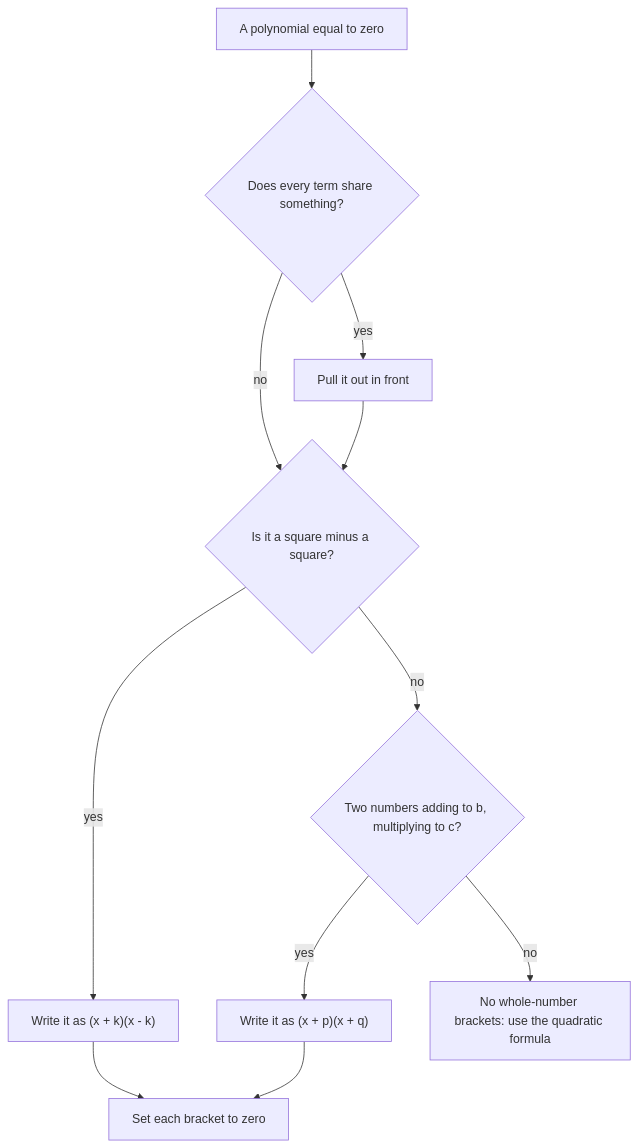
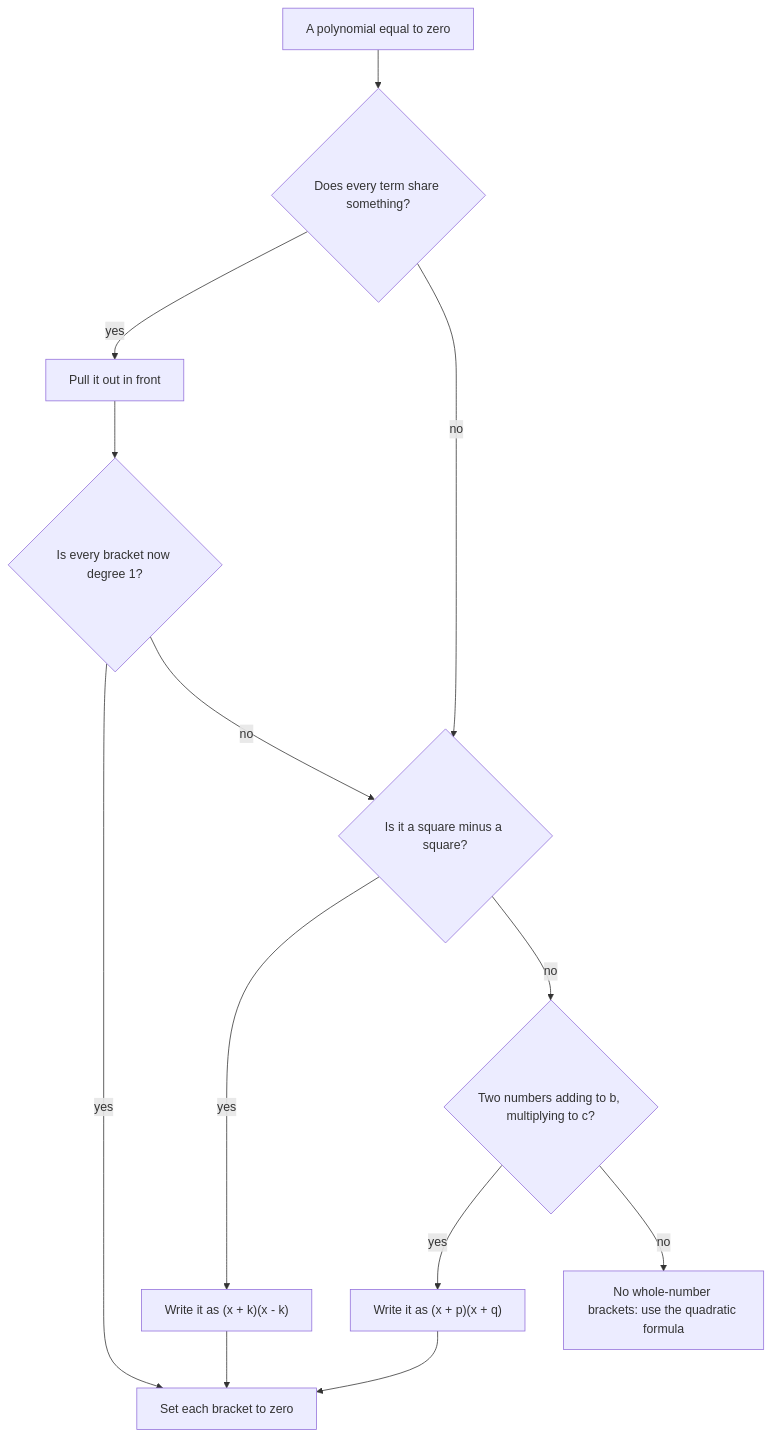
The second of 2 diagrams in Cards/03-Algebra/02-Polynomials/02-factoring-quadratics.md (wappy-x/Mathematics), drawn with Mermaid before and after one commit. The commit also changed other lines of this file and 14 other files, not shown here.

Commit message:
Algebra, Polynomials: folded-tray division example, flowchart and quadratic-formula fixes, next-card hand-offs

````diff
--- a/Cards/03-Algebra/02-Polynomials/02-factoring-quadratics.md
+++ b/Cards/03-Algebra/02-Polynomials/02-factoring-quadratics.md
@@ -143,13 +147,15 @@
 ```mermaid
 flowchart TD
     A["A polynomial equal to zero"] --> B{"Does every term share something?"}
     B -- yes --> C["Pull it out in front"]
     B -- no --> D{"Is it a square minus a square?"}
-    C --> D
+    C --> C2{"Is every bracket now degree 1?"}
+    C2 -- yes --> I
+    C2 -- no --> D
     D -- yes --> E["Write it as (x + k)(x - k)"]
     D -- no --> F{"Two numbers adding to b, multiplying to c?"}
     F -- yes --> G["Write it as (x + p)(x + q)"]
     F -- no --> H["No whole-number brackets: use the quadratic formula"]
     E --> I["Set each bracket to zero"]
     G --> I
 ```
````
